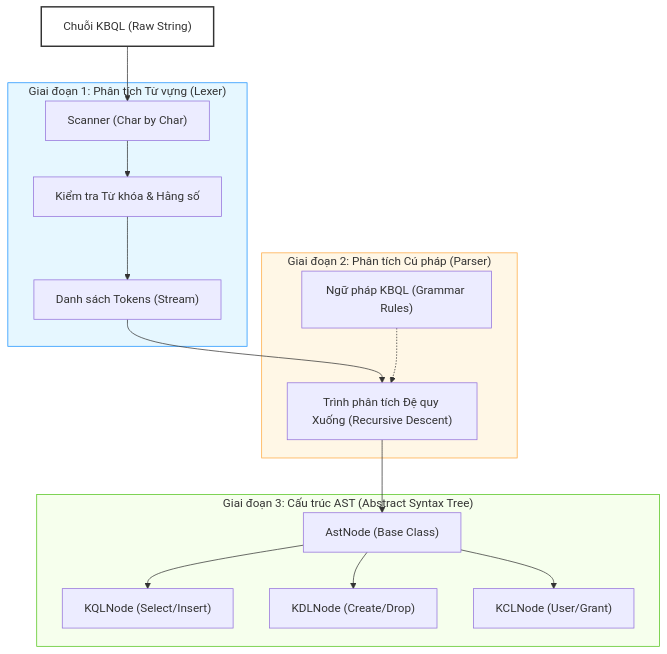
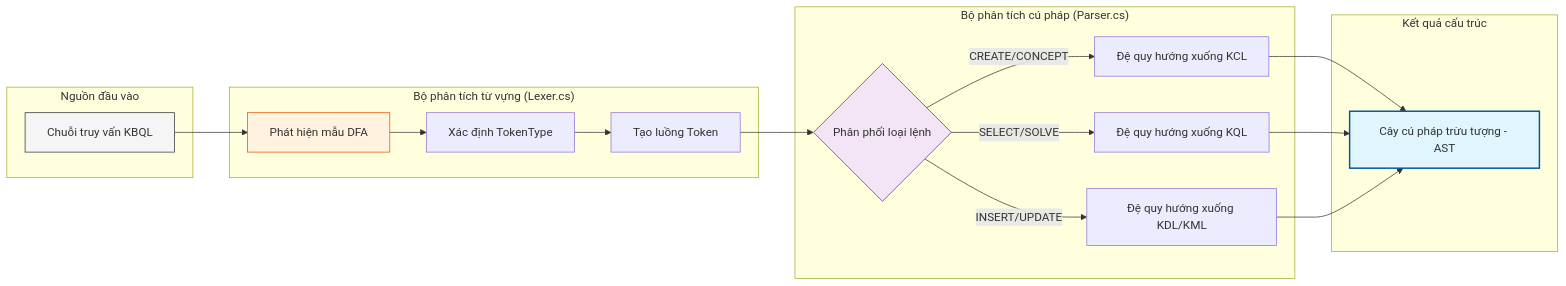
The diagram in docs/assets/diagrams/parser_pipeline_v3.mmd (tranphat1506/KBMS), drawn with Mermaid before and after one commit. The commit also changed 105 other files, not shown here.

Commit message:
refactor: reorganize architecture documentation structure and update system diagrams

```diff
--- a/docs/assets/diagrams/parser_pipeline_v3.mmd
+++ b/docs/assets/diagrams/parser_pipeline_v3.mmd
@@ -1,37 +1,37 @@
-graph TD
-    Input["Chuỗi KBQL (Raw String)"]
-    
-    subgraph Lexing ["Giai đoạn 1: Phân tích Từ vựng (Lexer)"]
-        Scanner["Scanner (Char by Char)"]
-        TokenGen["Kiểm tra Từ khóa & Hằng số"]
-        Tokens["Danh sách Tokens (Stream)"]
+graph LR
+    subgraph "Nguồn đầu vào"
+        A[Chuỗi truy vấn KBQL]
     end
 
-    subgraph Parsing ["Giai đoạn 2: Phân tích Cú pháp (Parser)"]
-        RD["Trình phân tích Đệ quy Xuống (Recursive Descent)"]
-        Rules["Ngữ pháp KBQL (Grammar Rules)"]
+    subgraph "Bộ phân tích từ vựng (Lexer.cs)"
+        B[Phát hiện mẫu DFA]
+        C[Xác định TokenType]
+        D[Tạo luồng Token]
     end
 
-    subgraph AST_Module ["Giai đoạn 3: Cấu trúc AST (Abstract Syntax Tree)"]
-        AstNode["AstNode (Base Class)"]
-        Kql["KQLNode (Select/Insert)"]
-        Kdl["KDLNode (Create/Drop)"]
-        Kcl["KCLNode (User/Grant)"]
+    subgraph "Bộ phân tích cú pháp (Parser.cs)"
+        E{Phân phối loại lệnh}
+        F[Đệ quy hướng xuống KCL]
+        G[Đệ quy hướng xuống KQL]
+        H[Đệ quy hướng xuống KDL/KML]
     end
 
-    %% Flow
-    Input --> Scanner
-    Scanner --> TokenGen
-    TokenGen --> Tokens
-    Tokens --> RD
-    Rules -.-> RD
-    RD --> AstNode
-    AstNode --> Kql
-    AstNode --> Kdl
-    AstNode --> Kcl
-    
-    %% Styling
-    style Lexing fill:#e6f7ff,stroke:#1890ff
-    style Parsing fill:#fff7e6,stroke:#ffa940
-    style AST_Module fill:#f6ffed,stroke:#52c41a
-    style Input fill:#fff,stroke:#333,stroke-width:2px
+    subgraph "Kết quả cấu trúc"
+        I[Cây cú pháp trừu tượng - AST]
+    end
+
+    A --> B
+    B --> C
+    C --> D
+    D --> E
+    E -- "CREATE/CONCEPT" --> F
+    E -- "SELECT/SOLVE" --> G
+    E -- "INSERT/UPDATE" --> H
+    F --> I
+    G --> I
+    H --> I
+
+    style A fill:#f5f5f5,stroke:#333
+    style I fill:#e1f5fe,stroke:#01579b,stroke-width:2px
+    style B fill:#fff3e0,stroke:#e65100
+    style E fill:#f3e5f5,stroke:#7b1fa2
```
